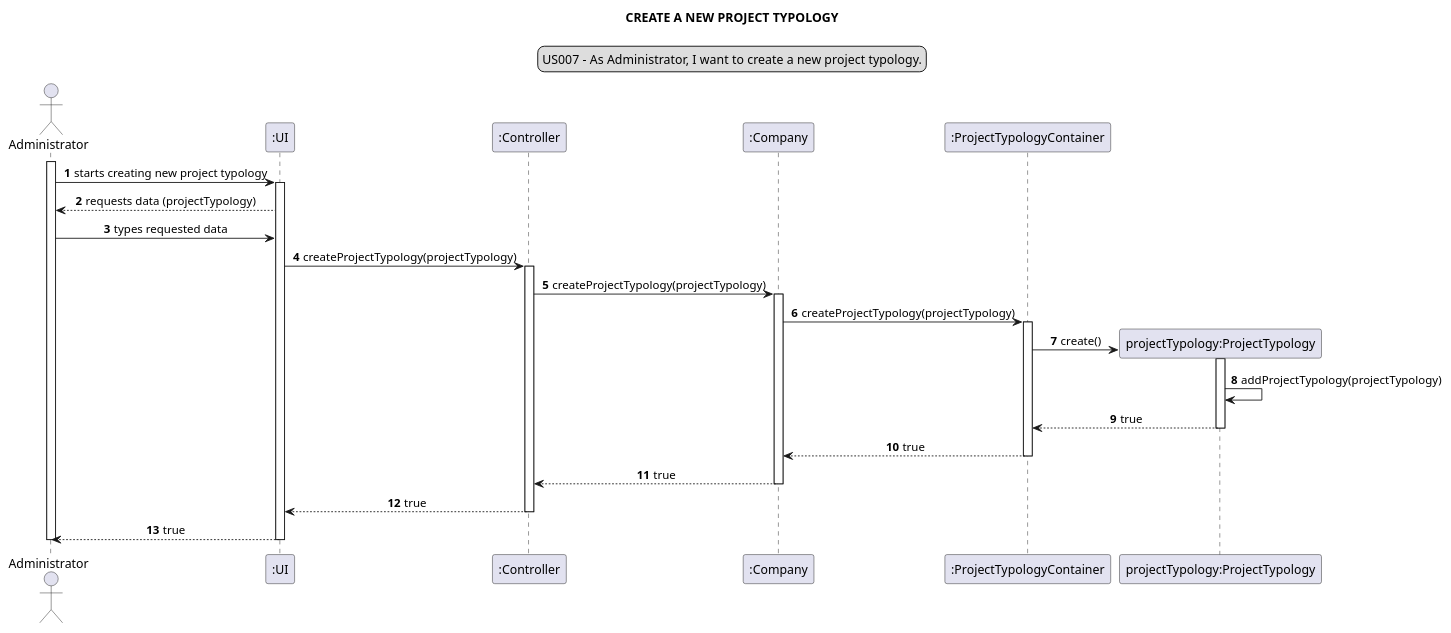
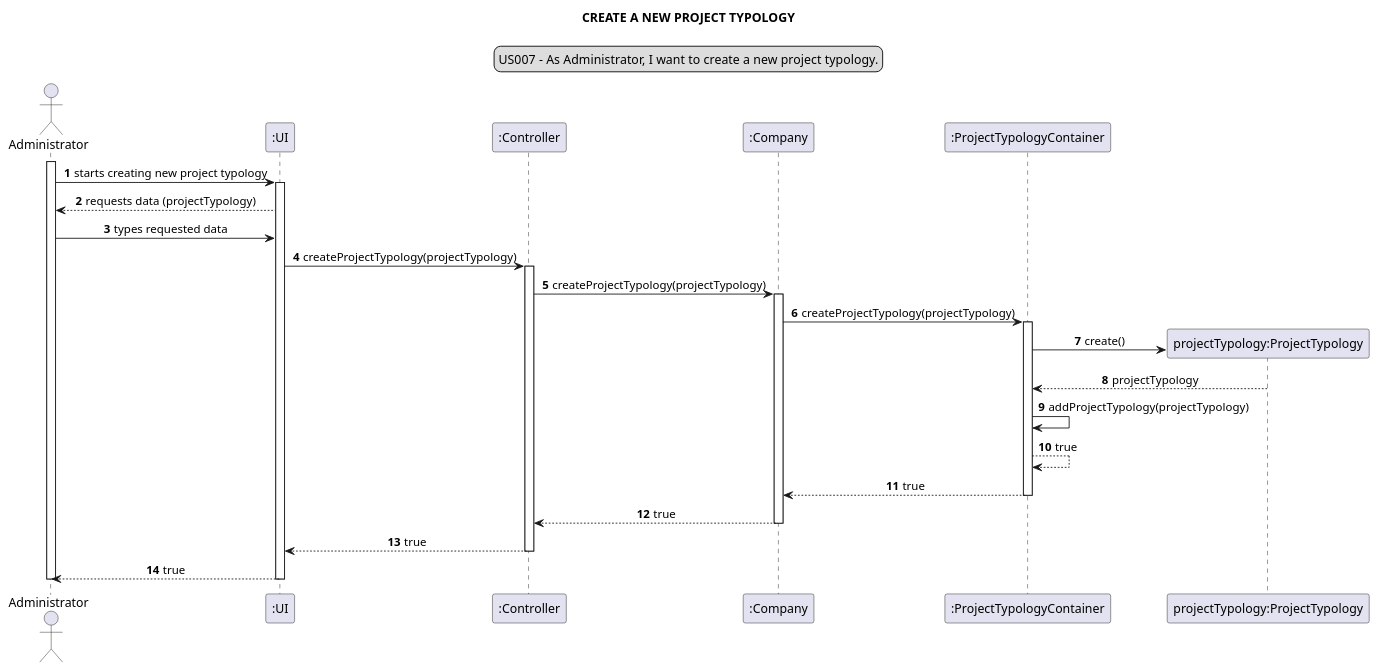
The diagram in docs/modelling_design/user_stories/us007/US007_sequenceDiagram_V0.puml (Loracline/project_switch_22-23), drawn with PlantUML before and after one commit. The commit also changed 5 other files, not shown here.

Commit message:
US007 : Design : Refinement of sequence diagram and class diagram

```diff
--- a/docs/modelling_design/user_stories/us007/US007_sequenceDiagram_V0.puml
+++ b/docs/modelling_design/user_stories/us007/US007_sequenceDiagram_V0.puml
@@ -1,44 +1,43 @@
 @startuml
 'https://plantuml.com/sequence-diagram
 
 autonumber
 skinparam sequenceMessageAlign center
 title CREATE A NEW PROJECT TYPOLOGY
 legend top
 US007 - As Administrator, I want to create a new project typology.
 end legend
 
 actor Administrator as a
 participant ":UI" as ui
 participant ":Controller" as ct
 participant ":Company" as c
 participant ":ProjectTypologyContainer" as pc
 participant "projectTypology:ProjectTypology" as pt
 
 activate a
 a -> ui: starts creating new project typology
 activate ui
 ui --> a: requests data (projectTypology)
 a -> ui: types requested data
 ui -> ct: createProjectTypology(projectTypology)
 activate ct
 ct -> c: createProjectTypology(projectTypology)
 activate c
 c -> pc: createProjectTypology(projectTypology)
 activate pc
 create pt
 pc -> pt: create()
-activate pt
-pt -> pt: addProjectTypology(projectTypology)
-pt --> pc: true
-deactivate pt
+pt --> pc: projectTypology
+pc -> pc: addProjectTypology(projectTypology)
+pc --> pc: true
 pc --> c: true
 deactivate pc
 c --> ct: true
 deactivate c
 ct --> ui: true
 deactivate ct
 ui --> a: true
 deactivate ui
 deactivate a
 @enduml
```
